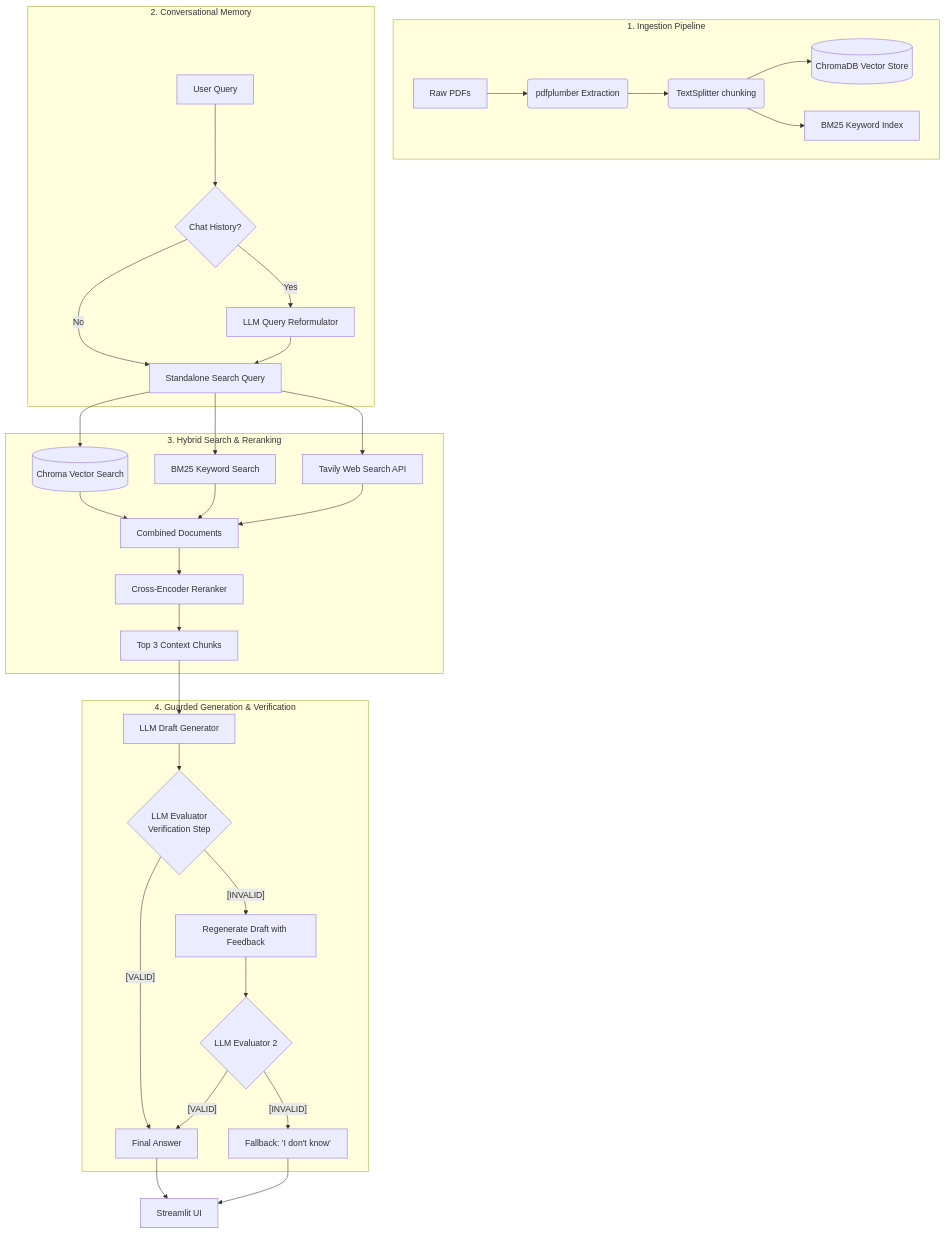
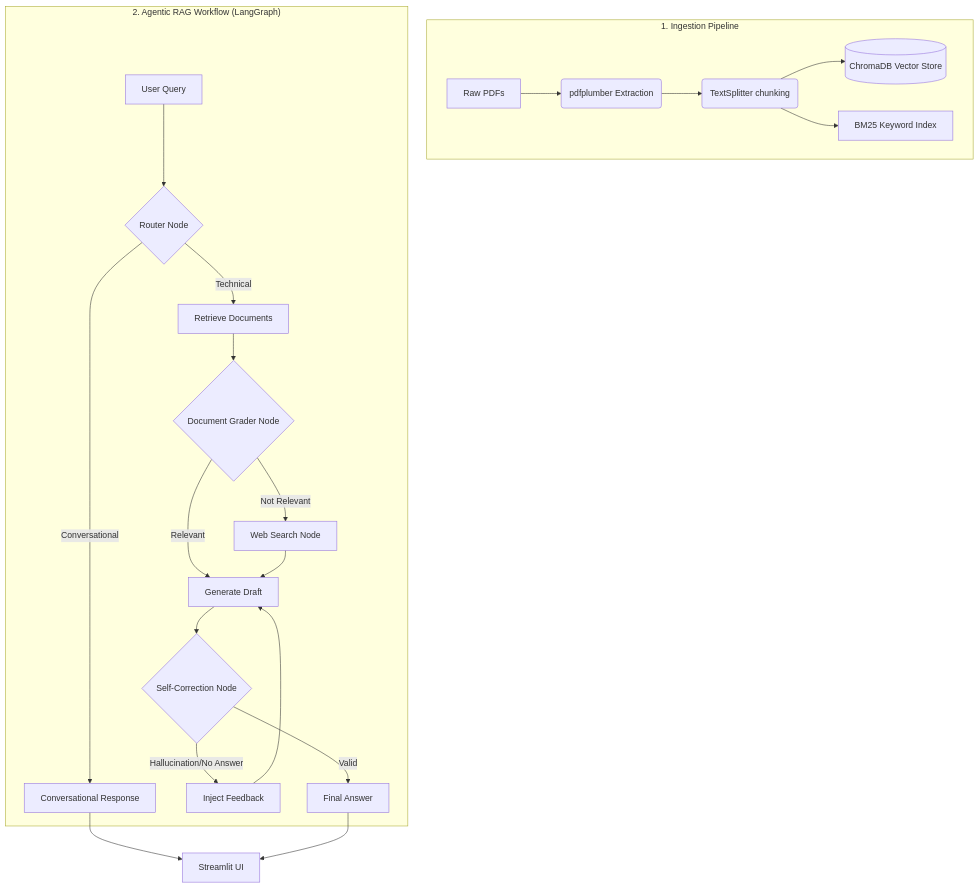
One commit to amalcrypt/petrochat changed the diagram in README.md. Above: the diagram before and after it, drawn with Mermaid. The commit also changed other lines of this file and 6 other files, not shown here.

````diff
--- a/README.md
+++ b/README.md
@@ -44,40 +45,26 @@
 ```mermaid
 flowchart TD
     subgraph Ingestion["1. Ingestion Pipeline"]
         A[Raw PDFs] --> B(pdfplumber Extraction)
         B --> C(TextSplitter chunking)
         C --> D[(ChromaDB Vector Store)]
         C --> E[BM25 Keyword Index]
     end
 
-    subgraph QueryReform["2. Conversational Memory"]
-        F[User Query] --> G{Chat History?}
-        G -- Yes --> H[LLM Query Reformulator]
-        G -- No --> I[Standalone Search Query]
-        H --> I
-    end
-
-    subgraph Retrieval["3. Hybrid Search & Reranking"]
-        I --> J[(Chroma Vector Search)]
-        I --> K[BM25 Keyword Search]
-        I --> L[Tavily Web Search API]
-        J --> M[Combined Documents]
-        K --> M
-        L --> M
-        M --> N[Cross-Encoder Reranker]
-        N --> O[Top 3 Context Chunks]
-    end
-
-    subgraph Generation["4. Guarded Generation & Verification"]
-        O --> P[LLM Draft Generator]
-        P --> Q{LLM Evaluator<br/>Verification Step}
-        Q -- [VALID] --> R[Final Answer]
-        Q -- [INVALID] --> S[Regenerate Draft with Feedback]
-        S --> T{LLM Evaluator 2}
-        T -- [VALID] --> R
-        T -- [INVALID] --> U[Fallback: 'I don't know']
+    subgraph AgenticGraph["2. Agentic RAG Workflow (LangGraph)"]
+        F[User Query] --> G{Router Node}
+        G -- Conversational --> H[Conversational Response]
+        G -- Technical --> I[Retrieve Documents]
+        I --> J{Document Grader Node}
+        J -- Relevant --> K[Generate Draft]
+        J -- Not Relevant --> L[Web Search Node]
+        L --> K
+        K --> M{Self-Correction Node}
+        M -- Hallucination/No Answer --> N[Inject Feedback]
+        N --> K
+        M -- Valid --> O[Final Answer]
     end
     
-    R --> V[Streamlit UI]
-    U --> V
+    H --> P[Streamlit UI]
+    O --> P
 ```
````
